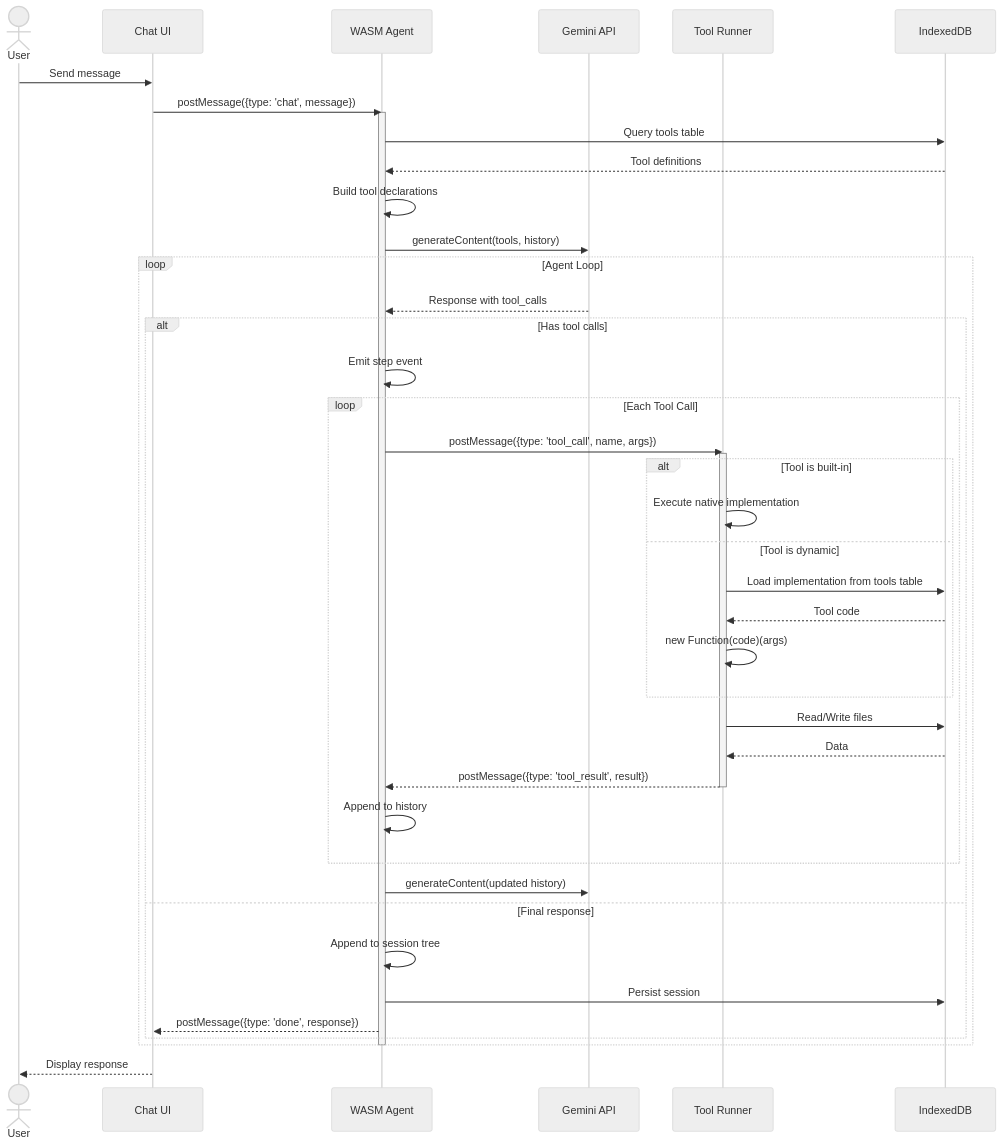
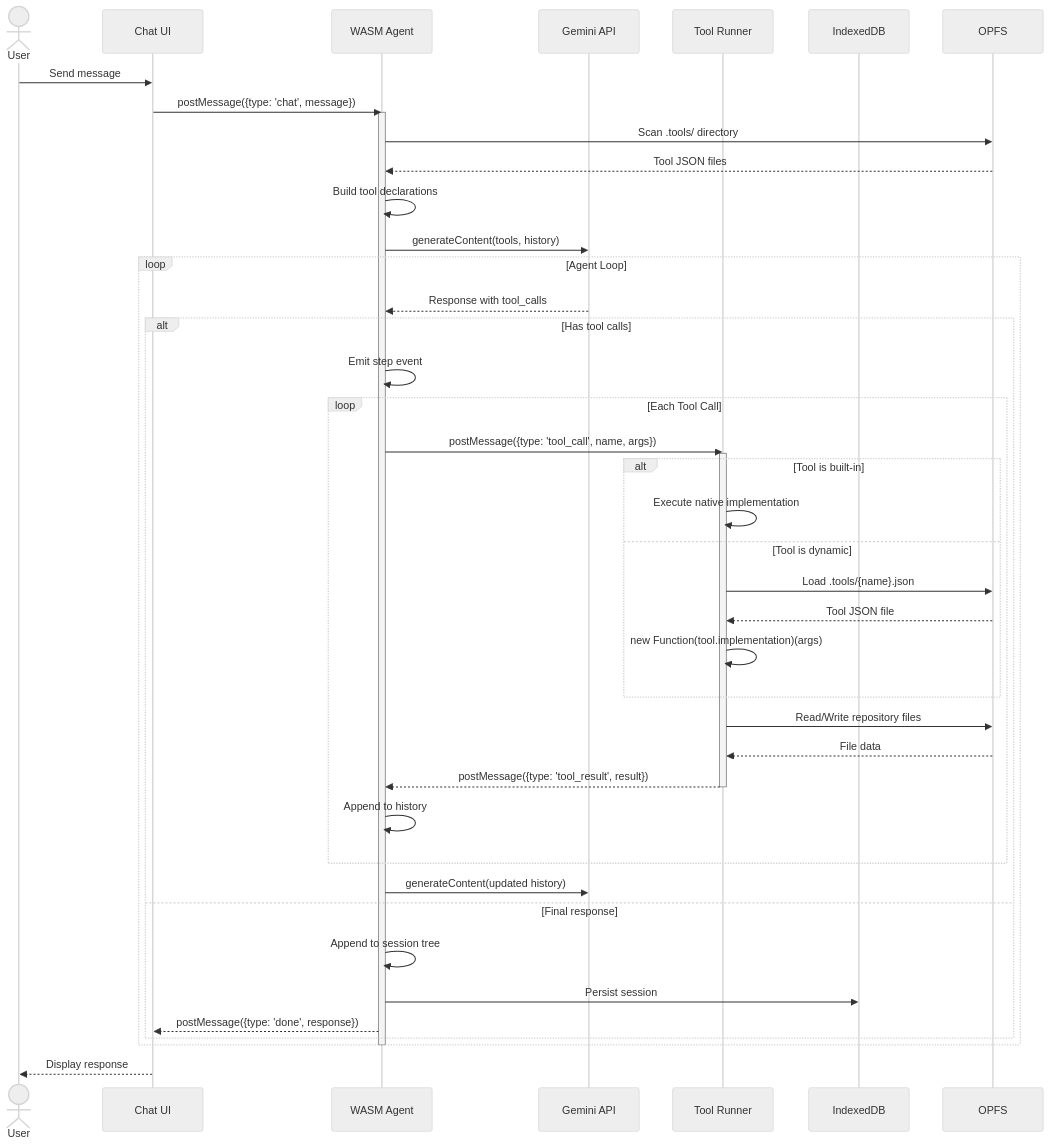
One commit to weolopez/aardvark changed the fifth of 8 diagrams in ARCHITECTURE.md. Above: the diagram before and after it, drawn with Mermaid (neutral theme). The commit also changed other lines of this file, not shown here.

Commit message:
feat: Update architecture documentation to reflect OPFS integration and tool approval workflow

````diff
--- a/ARCHITECTURE.md
+++ b/ARCHITECTURE.md
@@ -338,58 +418,59 @@
 ```mermaid
 sequenceDiagram
     actor User
     participant UI as Chat UI
     participant Agent as WASM Agent
     participant LLM as Gemini API
     participant TR as Tool Runner
     participant DB as IndexedDB
+    participant OPFS as OPFS
     
     User->>UI: Send message
     
     UI->>Agent: postMessage({type: 'chat', message})
     activate Agent
     
-    Agent->>DB: Query tools table
-    DB-->>Agent: Tool definitions
+    Agent->>OPFS: Scan .tools/ directory
+    OPFS-->>Agent: Tool JSON files
     
     Agent->>Agent: Build tool declarations
     Agent->>LLM: generateContent(tools, history)
     
     loop Agent Loop
         LLM-->>Agent: Response with tool_calls
         
         alt Has tool calls
             Agent->>Agent: Emit step event
             
             loop Each Tool Call
                 Agent->>TR: postMessage({type: 'tool_call', name, args})
                 activate TR
                 
                 alt Tool is built-in
                     TR->>TR: Execute native implementation
                 else Tool is dynamic
-                    TR->>DB: Load implementation from tools table
-                    DB-->>TR: Tool code
-                    TR->>TR: new Function(code)(args)
+                    TR->>OPFS: Load .tools/{name}.json
+                    OPFS-->>TR: Tool JSON file
+                    TR->>TR: new Function(tool.implementation)(args)
                 end
                 
-                TR->>DB: Read/Write files
-                DB-->>TR: Data
+                TR->>OPFS: Read/Write repository files
+                OPFS-->>TR: File data
                 
                 TR-->>Agent: postMessage({type: 'tool_result', result})
                 deactivate TR
                 
                 Agent->>Agent: Append to history
             end
             
             Agent->>LLM: generateContent(updated history)
         else Final response
             Agent->>Agent: Append to session tree
             Agent->>DB: Persist session
             Agent-->>UI: postMessage({type: 'done', response})
         end
     end
     deactivate Agent
     
     UI-->>User: Display response
 ```
````
